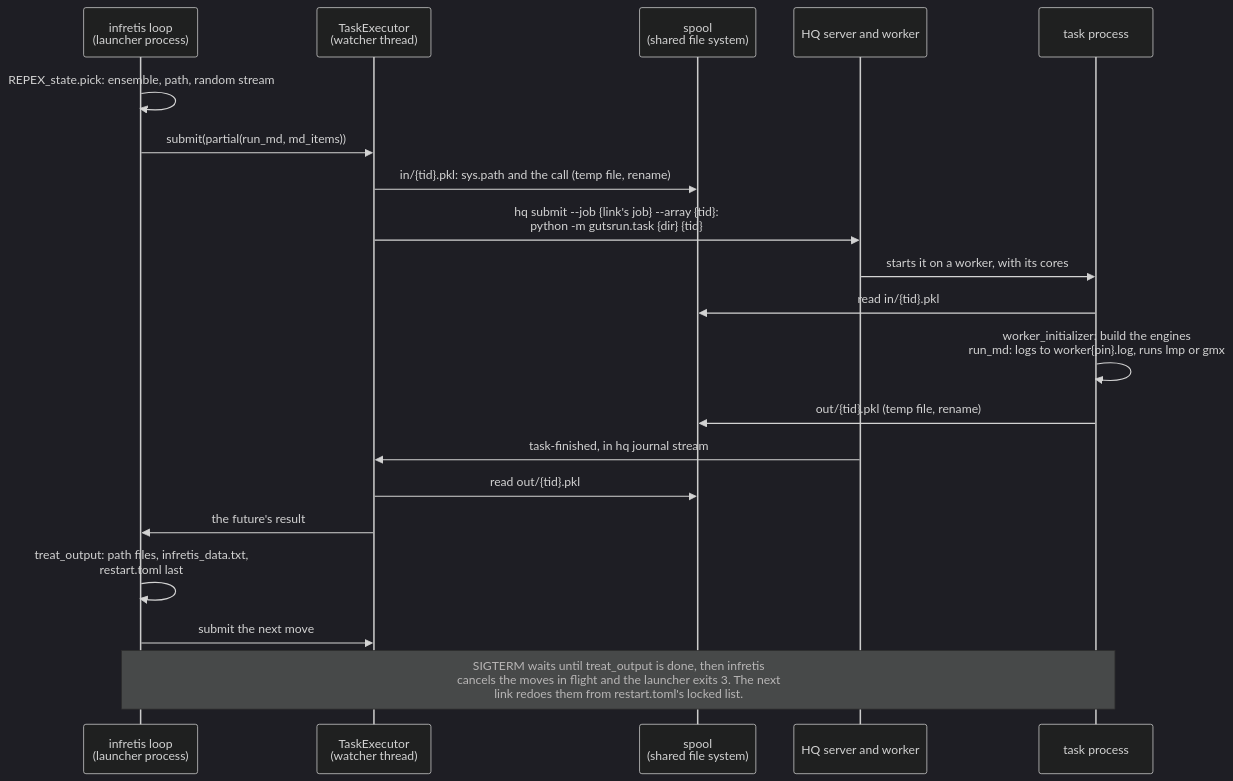
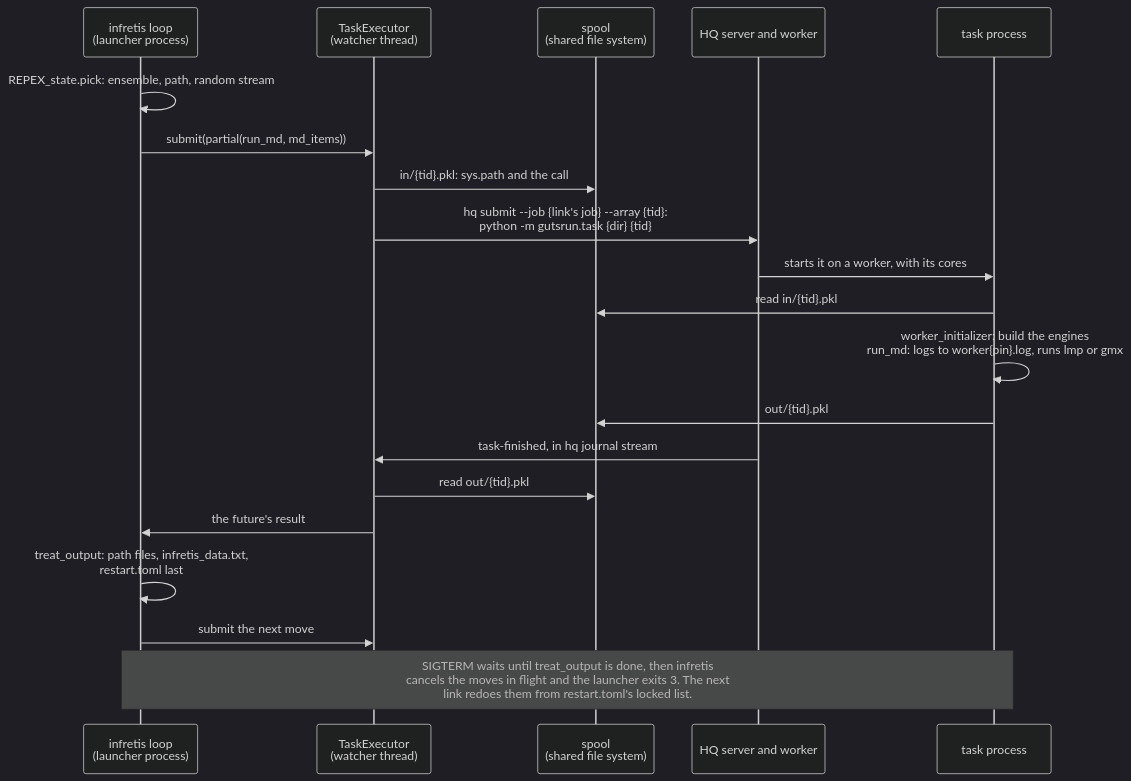
One commit to GUTSframework/infretis_hyperqueue changed the third of 3 diagrams in DEVELOPMENT.md. Above: the diagram before and after it, drawn with Mermaid (dark theme). The commit also changed other lines of this file and 9 other files, not shown here.

````diff
--- a/DEVELOPMENT.md
+++ b/DEVELOPMENT.md
@@ -125,23 +122,23 @@
 ```mermaid
 sequenceDiagram
     participant R as infretis loop<br/>(launcher process)
     participant X as TaskExecutor<br/>(watcher thread)
     participant S as spool<br/>(shared file system)
     participant H as HQ server and worker
     participant T as task process
 
     R->>R: REPEX_state.pick: ensemble, path, random stream
     R->>X: submit(partial(run_md, md_items))
-    X->>S: in/{tid}.pkl: sys.path and the call (temp file, rename)
+    X->>S: in/{tid}.pkl: sys.path and the call
     X->>H: hq submit --job {link's job} --array {tid}:<br/>python -m gutsrun.task {dir} {tid}
     H->>T: starts it on a worker, with its cores
     T->>S: read in/{tid}.pkl
     T->>T: worker_initializer: build the engines<br/>run_md: logs to worker{pin}.log, runs lmp or gmx
-    T->>S: out/{tid}.pkl (temp file, rename)
+    T->>S: out/{tid}.pkl
     H->>X: task-finished, in hq journal stream
     X->>S: read out/{tid}.pkl
     X->>R: the future's result
     R->>R: treat_output: path files, infretis_data.txt,<br/>restart.toml last
     R->>X: submit the next move
     Note over R,T: SIGTERM waits until treat_output is done, then infretis<br/>cancels the moves in flight and the launcher exits 3. The next<br/>link redoes them from restart.toml's locked list.
 ```
````
